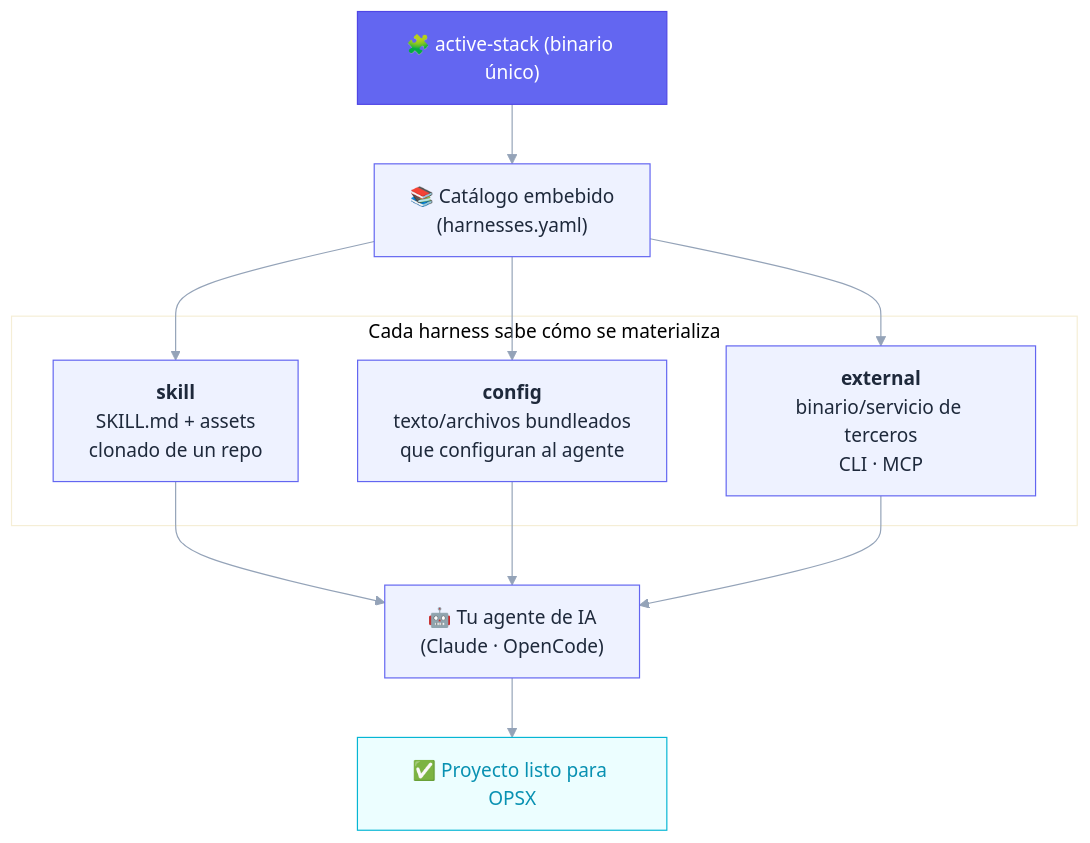
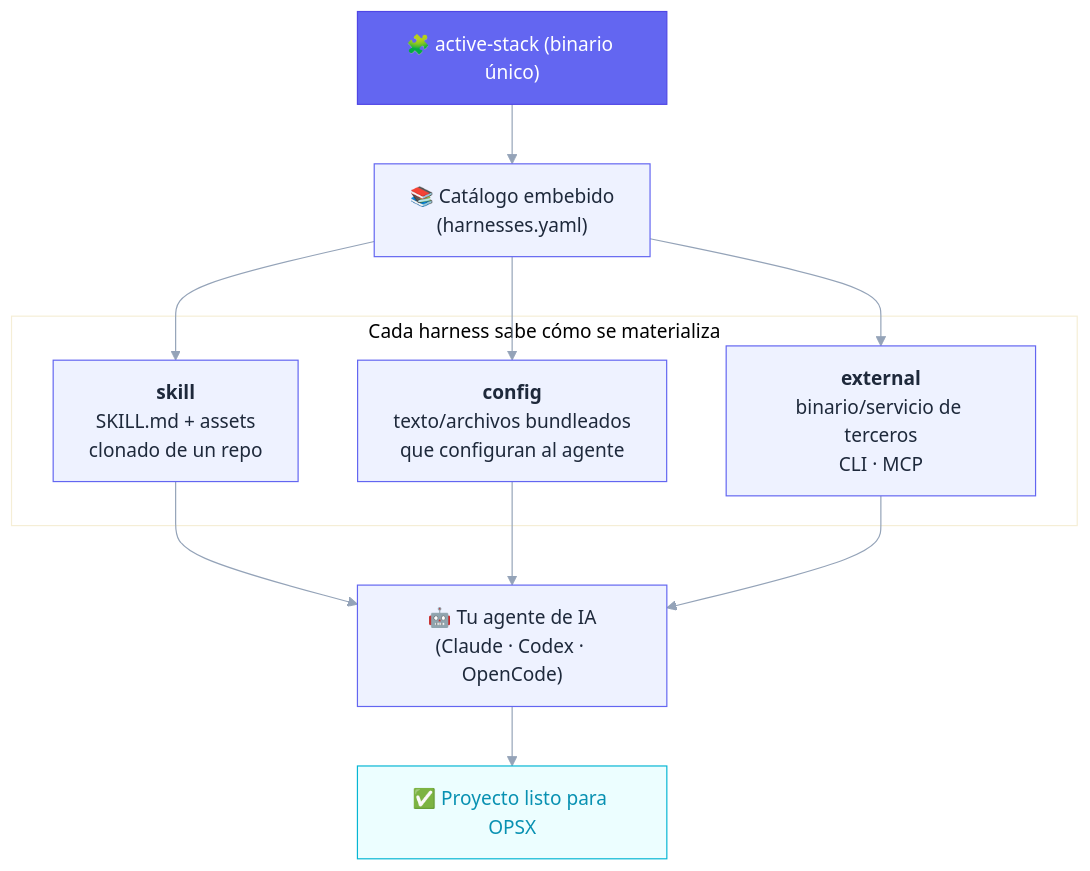
One commit to Group-Active-IA/active-stack changed the first of 3 diagrams in README.md. Above: the diagram before and after it, drawn with Mermaid. The commit also changed other lines of this file and 34 other files, not shown here.

````diff
--- a/README.md
+++ b/README.md
@@ -42,25 +42,25 @@
 ```mermaid
 %%{init: {'theme':'base','themeVariables':{'primaryColor':'#eef2ff','primaryBorderColor':'#6366f1','primaryTextColor':'#1e293b','lineColor':'#94a3b8','fontFamily':'sans-serif'}}}%%
 flowchart TD
     BIN["🧩 active-stack (binario único)"] --> CAT["📚 Catálogo embebido<br/>(harnesses.yaml)"]
     CAT --> T1
     CAT --> T2
     CAT --> T3
 
     subgraph TIPOS["Cada harness sabe cómo se materializa"]
         T1["<b>skill</b><br/>SKILL.md + assets<br/>clonado de un repo"]
         T2["<b>config</b><br/>texto/archivos bundleados<br/>que configuran al agente"]
         T3["<b>external</b><br/>binario/servicio de terceros<br/>CLI · MCP"]
     end
 
-    T1 --> AG["🤖 Tu agente de IA<br/>(Claude · OpenCode)"]
+    T1 --> AG["🤖 Tu agente de IA<br/>(Claude · Codex · OpenCode)"]
     T2 --> AG
     T3 --> AG
 
     AG --> OPSX["✅ Proyecto listo para OPSX"]
 
     classDef bin fill:#6366f1,color:#fff,stroke:#4f46e5;
     classDef ok fill:#ecfeff,color:#0891b2,stroke:#06b6d4;
     class BIN bin;
     class OPSX ok;
 ```
````
